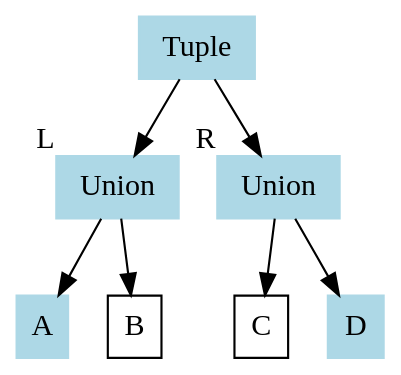
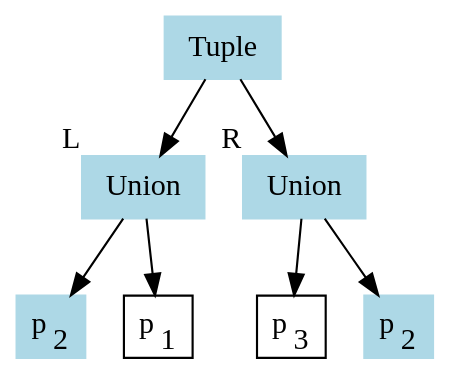
Before and after one commit to BenChung/SubtypingCorrectness: the diagram in figures/transex1.dot, drawn with Graphviz. The commit also changed 2 other files, not shown here.

```diff
--- a/figures/transex1.dot
+++ b/figures/transex1.dot
@@ -1,18 +1,18 @@
 digraph G {
     margin=0;bgcolor="transparent";
   node [shape=box, margin=0.1, width=0, height=0];
   tuple [label="Tuple",color=lightblue,style=filled]
   union1 [label="Union", xlabel="L",color=lightblue,style=filled]
   union2 [label="Union", xlabel="R",color=lightblue,style=filled]
-  A [label="A",color=lightblue,style=filled]
-  B [label="B"]
-  C [label="C"]
-  D [label="D",color=lightblue,style=filled]
+  A [label=<p<SUB>2</SUB>>,color=lightblue,style=filled]
+  B [label=<p<SUB>1</SUB>>]
+  C [label=<p<SUB>3</SUB>>]
+  D [label=<p<SUB>2</SUB>>,color=lightblue,style=filled]
   tuple -> union1
   tuple -> union2
   union1 -> A
   union1 -> B
   union2 -> C
   union2 -> D
   {rank=same; union1 union2}
 }
```
